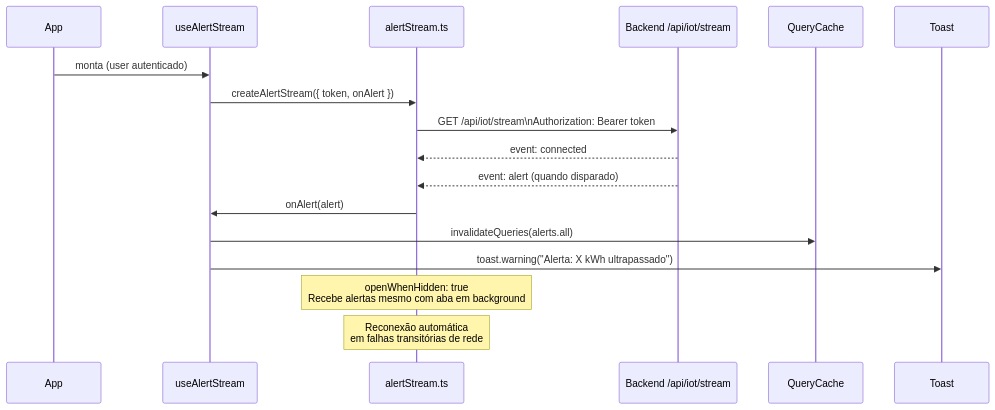
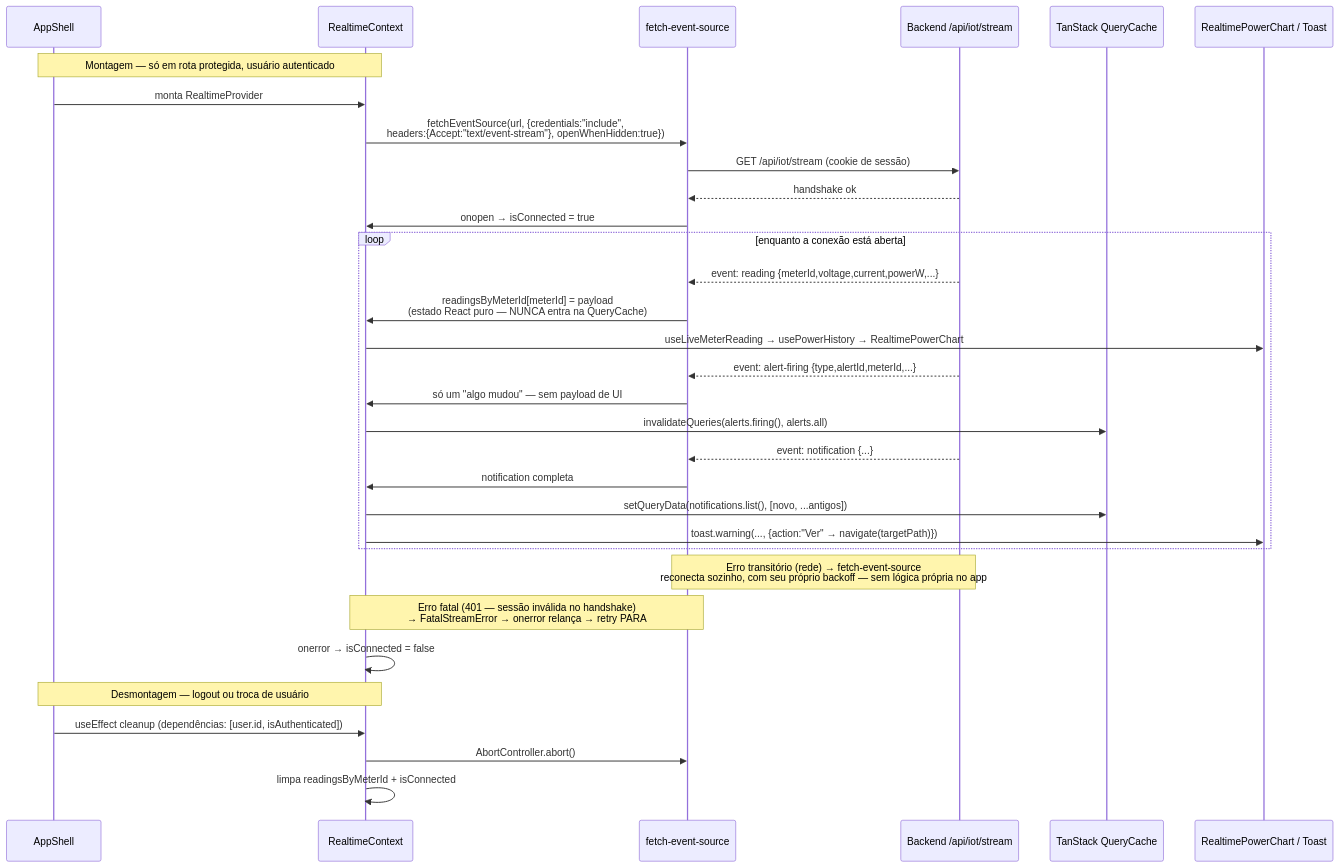
Before and after one commit to viniciussartini/lumitrack: the fourth of 4 diagrams in frontend/README.md, drawn with Mermaid. The commit also changed other lines of this file and 1 other file, not shown here.

````diff
--- a/frontend/README.md
+++ b/frontend/README.md
@@ -516,22 +212,40 @@
 ```mermaid
 sequenceDiagram
-    participant App
-    participant useAlertStream
-    participant alertStream.ts
-    participant SSE_Backend as Backend /api/iot/stream
-    participant QueryCache
-    participant Toast
+    participant Shell as AppShell
+    participant RC as RealtimeContext
+    participant FES as fetch-event-source
+    participant BE as Backend /api/iot/stream
+    participant QC as TanStack QueryCache
+    participant UI as RealtimePowerChart / Toast
 
-    App->>useAlertStream: monta (user autenticado)
-    useAlertStream->>alertStream.ts: createAlertStream({ token, onAlert })
-    alertStream.ts->>SSE_Backend: GET /api/iot/stream\nAuthorization: Bearer token
-    SSE_Backend-->>alertStream.ts: event: connected
-    SSE_Backend-->>alertStream.ts: event: alert (quando disparado)
+    Note over Shell,RC: Montagem — só em rota protegida, usuário autenticado
+    Shell->>RC: monta RealtimeProvider
+    RC->>FES: fetchEventSource(url, {credentials:"include",<br/>headers:{Accept:"text/event-stream"}, openWhenHidden:true})
+    FES->>BE: GET /api/iot/stream (cookie de sessão)
+    BE-->>FES: handshake ok
+    FES->>RC: onopen → isConnected = true
 
-    alertStream.ts->>useAlertStream: onAlert(alert)
-    useAlertStream->>QueryCache: invalidateQueries(alerts.all)
-    useAlertStream->>Toast: toast.warning("Alerta: X kWh ultrapassado")
+    loop enquanto a conexão está aberta
+        BE-->>FES: event: reading {meterId,voltage,current,powerW,...}
+        FES->>RC: readingsByMeterId[meterId] = payload<br/>(estado React puro — NUNCA entra na QueryCache)
+        RC->>UI: useLiveMeterReading → usePowerHistory → RealtimePowerChart
 
-    Note over alertStream.ts: openWhenHidden: true<br/>Recebe alertas mesmo com aba em background
-    Note over alertStream.ts: Reconexão automática<br/>em falhas transitórias de rede
+        BE-->>FES: event: alert-firing {type,alertId,meterId,...}
+        FES->>RC: só um "algo mudou" — sem payload de UI
+        RC->>QC: invalidateQueries(alerts.firing(), alerts.all)
+
+        BE-->>FES: event: notification {...}
+        FES->>RC: notification completa
+        RC->>QC: setQueryData(notifications.list(), [novo, ...antigos])
+        RC->>UI: toast.warning(..., {action:"Ver" → navigate(targetPath)})
+    end
+
+    Note over FES,BE: Erro transitório (rede) → fetch-event-source<br/>reconecta sozinho, com seu próprio backoff — sem lógica própria no app
+    Note over FES,RC: Erro fatal (401 — sessão inválida no handshake)<br/>→ FatalStreamError → onerror relança → retry PARA
+    RC->>RC: onerror → isConnected = false
+
+    Note over Shell,RC: Desmontagem — logout ou troca de usuário
+    Shell->>RC: useEffect cleanup (dependências: [user.id, isAuthenticated])
+    RC->>FES: AbortController.abort()
+    RC->>RC: limpa readingsByMeterId + isConnected
 ```
````
